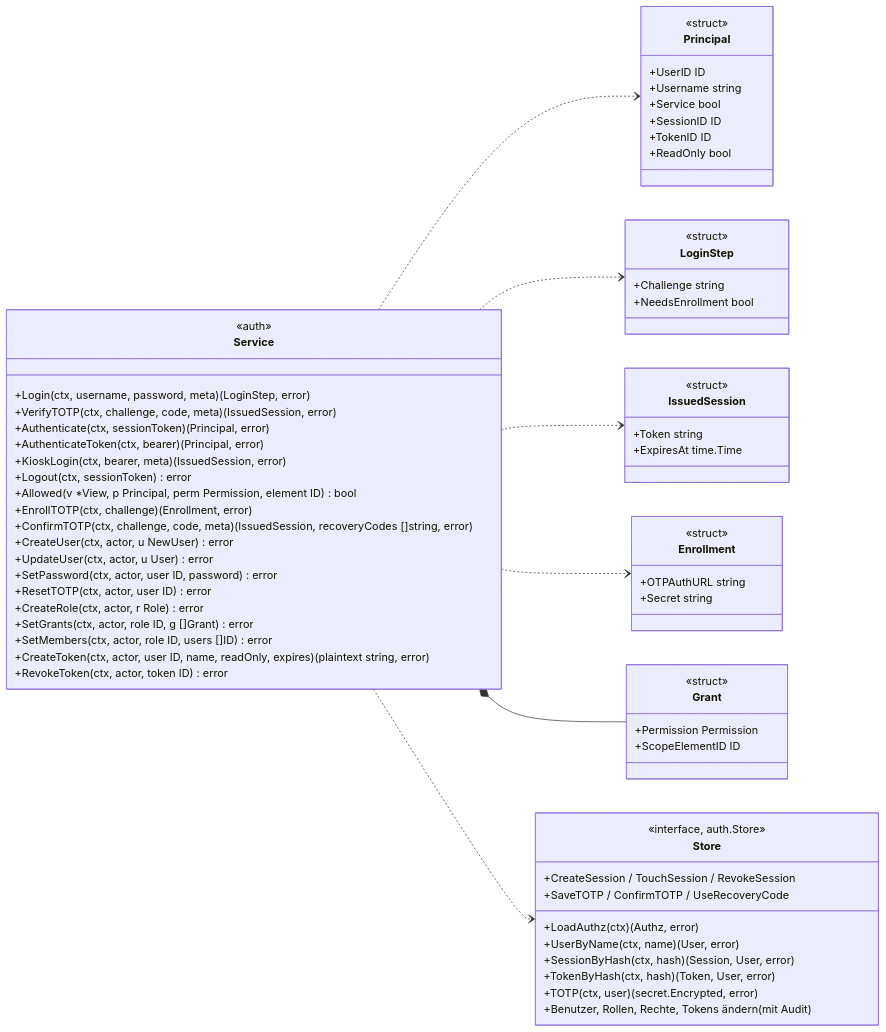
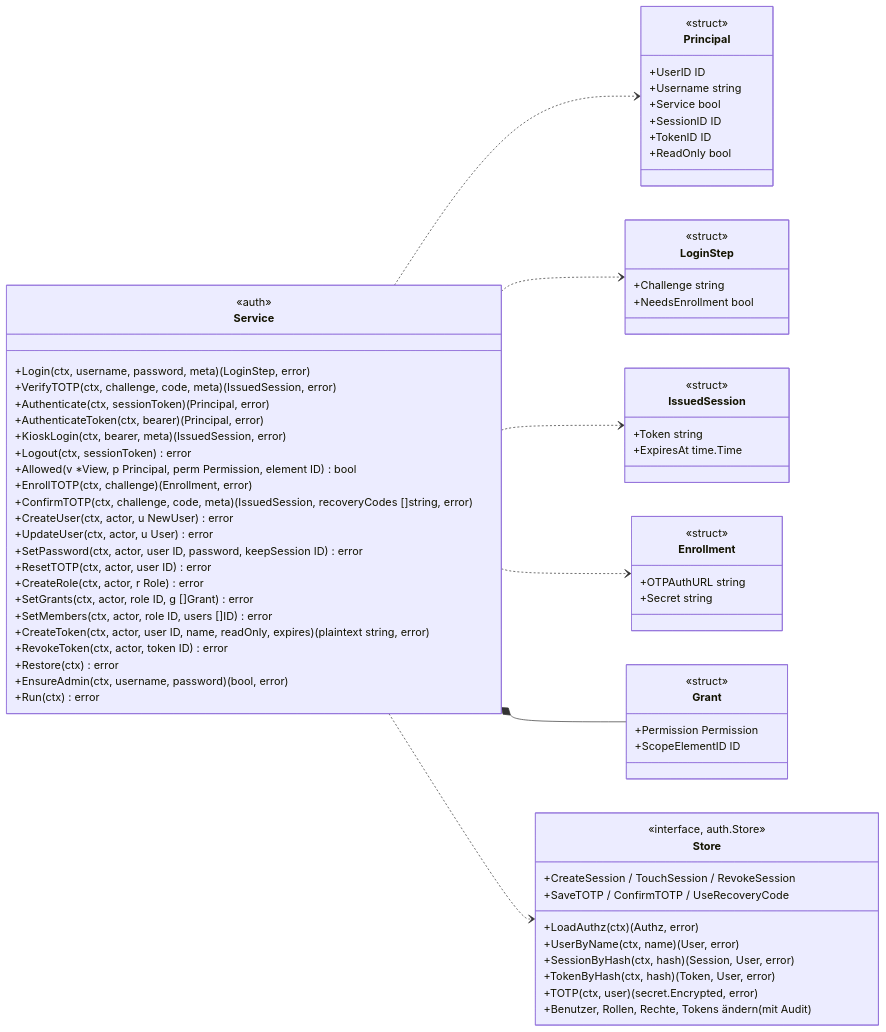
Before and after one commit to lukirs95/monika: the first of 5 diagrams in docs/contracts/auth.md, drawn with Mermaid. The commit also changed other lines of this file and 10 other files, not shown here.

````diff
--- a/docs/contracts/auth.md
+++ b/docs/contracts/auth.md
@@ -18,73 +18,76 @@
 ```mermaid
 classDiagram
     direction LR
 
     class Service {
         <<auth>>
         +Login(ctx, username, password, meta) (LoginStep, error)
         +VerifyTOTP(ctx, challenge, code, meta) (IssuedSession, error)
         +Authenticate(ctx, sessionToken) (Principal, error)
         +AuthenticateToken(ctx, bearer) (Principal, error)
         +KioskLogin(ctx, bearer, meta) (IssuedSession, error)
         +Logout(ctx, sessionToken) error
         +Allowed(v *View, p Principal, perm Permission, element ID) bool
         +EnrollTOTP(ctx, challenge) (Enrollment, error)
         +ConfirmTOTP(ctx, challenge, code, meta) (IssuedSession, recoveryCodes []string, error)
         +CreateUser(ctx, actor, u NewUser) error
         +UpdateUser(ctx, actor, u User) error
-        +SetPassword(ctx, actor, user ID, password) error
+        +SetPassword(ctx, actor, user ID, password, keepSession ID) error
         +ResetTOTP(ctx, actor, user ID) error
         +CreateRole(ctx, actor, r Role) error
         +SetGrants(ctx, actor, role ID, g []Grant) error
         +SetMembers(ctx, actor, role ID, users []ID) error
         +CreateToken(ctx, actor, user ID, name, readOnly, expires) (plaintext string, error)
         +RevokeToken(ctx, actor, token ID) error
+        +Restore(ctx) error
+        +EnsureAdmin(ctx, username, password) (bool, error)
+        +Run(ctx) error
     }
     class Principal {
         <<struct>>
         +UserID ID
         +Username string
         +Service bool
         +SessionID ID
         +TokenID ID
         +ReadOnly bool
     }
     class LoginStep {
         <<struct>>
         +Challenge string
         +NeedsEnrollment bool
     }
     class IssuedSession {
         <<struct>>
         +Token string
         +ExpiresAt time.Time
     }
     class Enrollment {
         <<struct>>
         +OTPAuthURL string
         +Secret string
     }
     class Grant {
         <<struct>>
         +Permission Permission
         +ScopeElementID ID
     }
     class Store {
         <<interface, auth.Store>>
         +LoadAuthz(ctx) (Authz, error)
         +UserByName(ctx, name) (User, error)
         +CreateSession / TouchSession / RevokeSession
         +SessionByHash(ctx, hash) (Session, User, error)
         +TokenByHash(ctx, hash) (Token, User, error)
         +TOTP(ctx, user) (secret.Encrypted, error)
         +SaveTOTP / ConfirmTOTP / UseRecoveryCode
         +Benutzer, Rollen, Rechte, Tokens ändern (mit Audit)
     }
 
     Service ..> Principal
     Service ..> LoginStep
     Service ..> IssuedSession
     Service ..> Enrollment
     Service *-- Grant
     Service ..> Store
 ```
````
